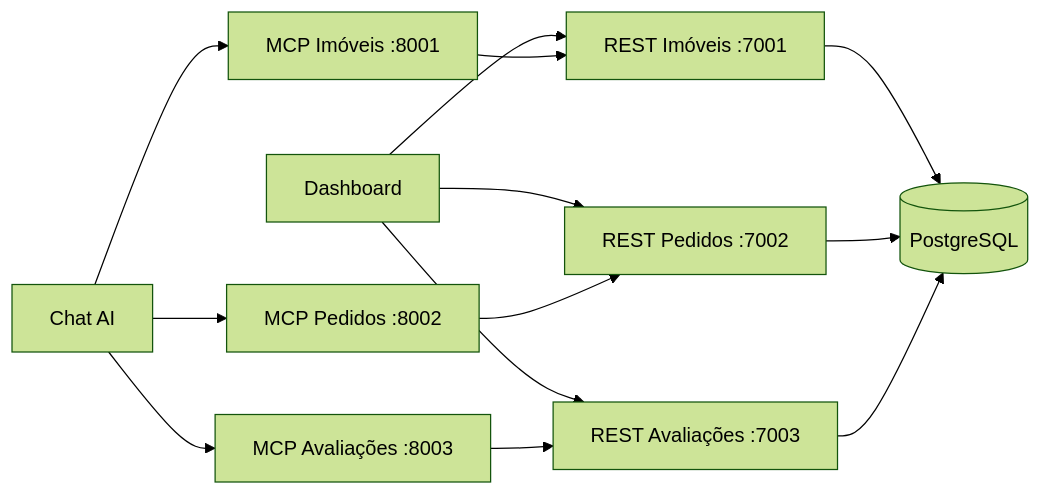
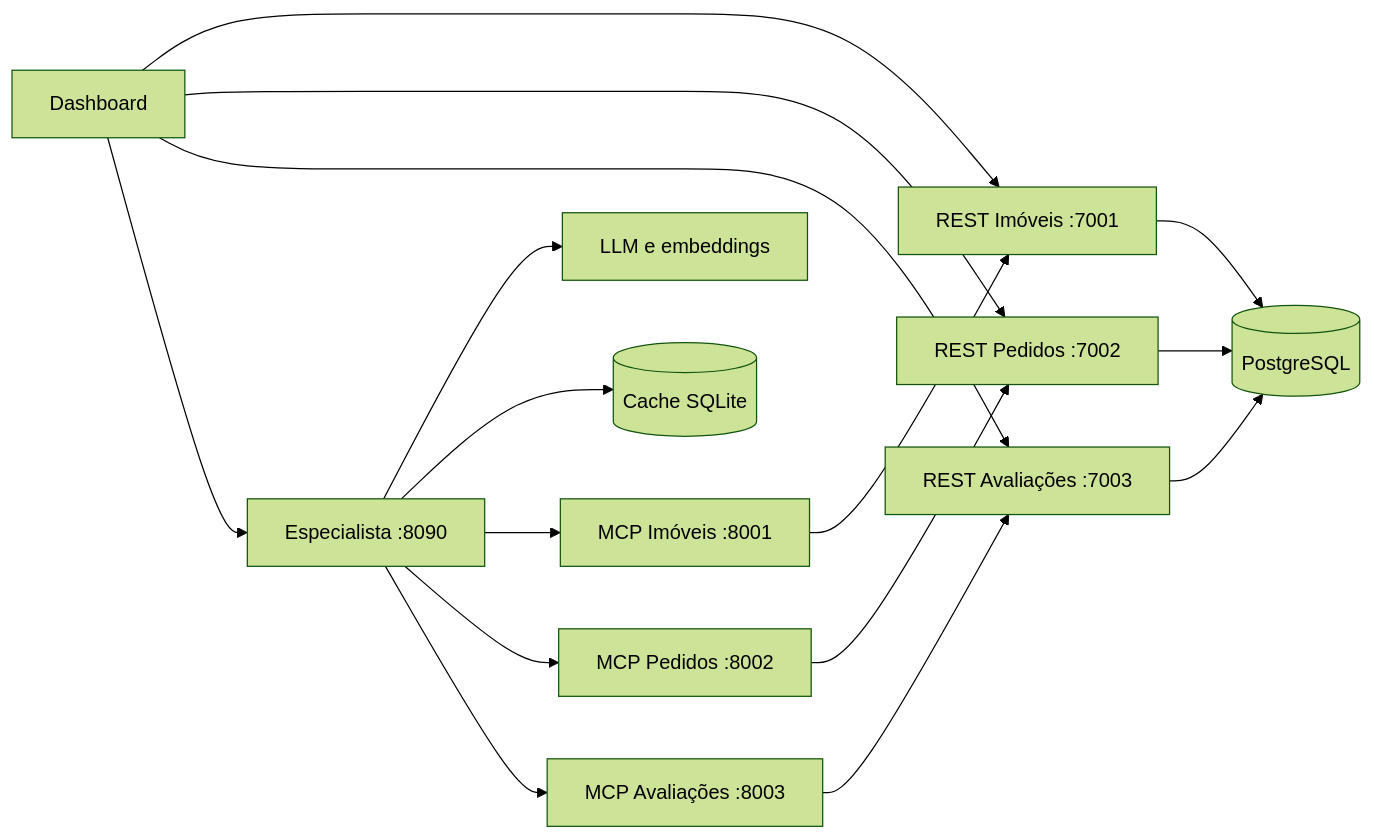
Before and after one commit to nickolado/IFBA_Especialista_avaliacao: the diagram in README.md, drawn with Mermaid (forest theme). The commit also changed other lines of this file and 24 other files, not shown here.

````diff
--- a/README.md
+++ b/README.md
@@ -105,15 +170,18 @@
 ```mermaid
 flowchart LR
     D[Dashboard] --> I[REST Imóveis :7001]
     D --> P[REST Pedidos :7002]
     D --> A[REST Avaliações :7003]
-    C[Chat AI] --> MI[MCP Imóveis :8001]
+    D --> C[Especialista :8090]
+    C --> L[LLM e embeddings]
+    C --> S[(Cache SQLite)]
+    C --> MI[MCP Imóveis :8001]
     C --> MP[MCP Pedidos :8002]
     C --> MA[MCP Avaliações :8003]
     MI --> I
     MP --> P
     MA --> A
     I --> B[(PostgreSQL)]
     P --> B
     A --> B
 ```
````
